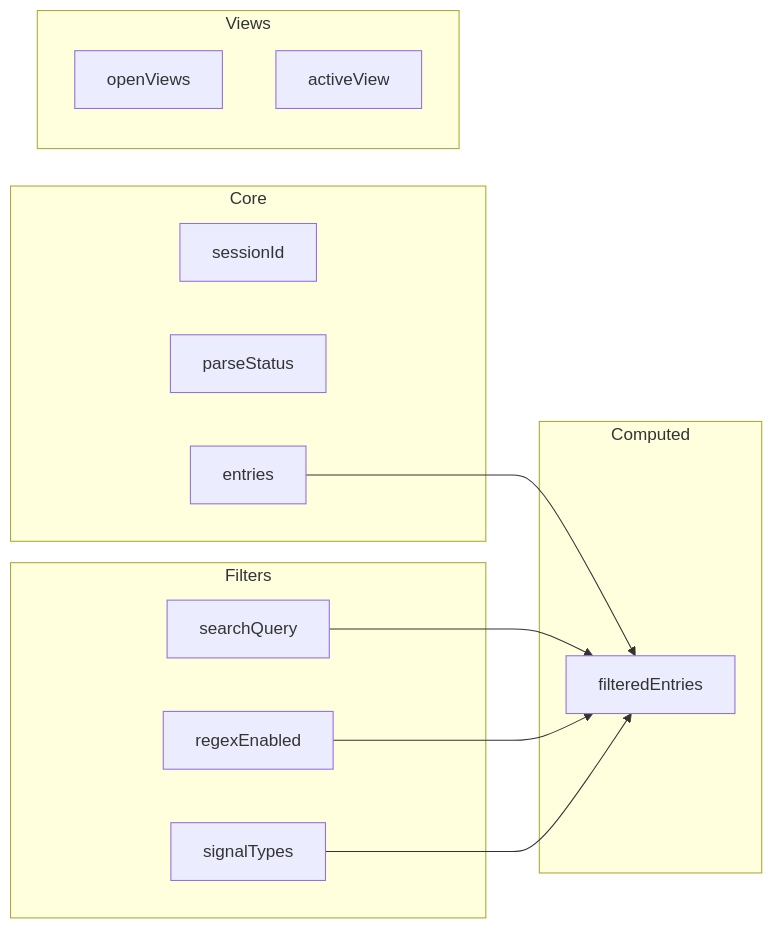
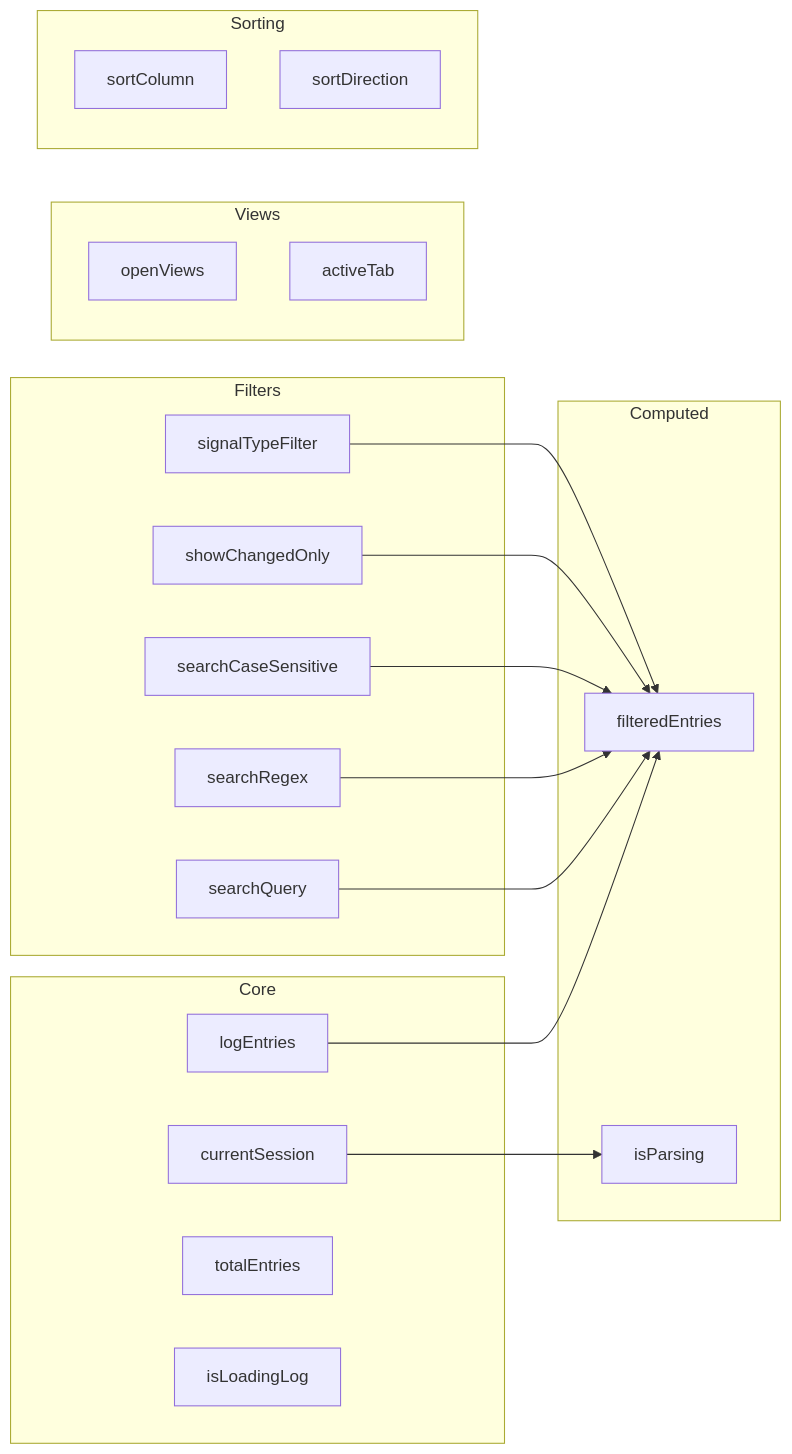
The second of 5 diagrams in .agent/architecture/state-management.md (SulthanZahran91/LOG_VISUALIZER_WEB), drawn with Mermaid before and after one commit. The commit also changed 3 other files, not shown here.

First line of the commit message:
docs: fix architecture docs to match actual code

````diff
--- a/.agent/architecture/state-management.md
+++ b/.agent/architecture/state-management.md
@@ -38,28 +38,40 @@
 ```mermaid
 flowchart LR
     subgraph Core
-        session[sessionId]
-        status[parseStatus]
-        entries[entries]
+        session[currentSession]
+        entries[logEntries]
+        total[totalEntries]
+        loading[isLoadingLog]
     end
     
     subgraph Filters
         search[searchQuery]
-        regex[regexEnabled]
-        types[signalTypes]
+        regex[searchRegex]
+        caseSens[searchCaseSensitive]
+        changed[showChangedOnly]
+        typeFilter[signalTypeFilter]
     end
     
     subgraph Views
         openViews[openViews]
-        activeView[activeView]
+        activeTab[activeTab]
+    end
+    
+    subgraph Sorting
+        sortCol[sortColumn]
+        sortDir[sortDirection]
     end
     
     subgraph Computed
         filtered[filteredEntries]
+        isParsing[isParsing]
     end
     
     entries --> filtered
     search --> filtered
     regex --> filtered
-    types --> filtered
+    caseSens --> filtered
+    changed --> filtered
+    typeFilter --> filtered
+    session --> isParsing
 ```
````
